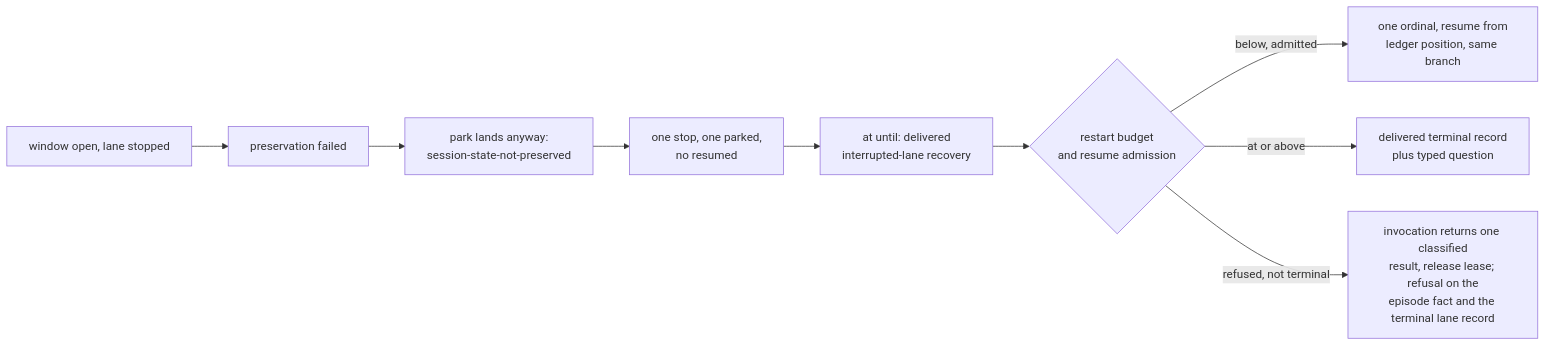
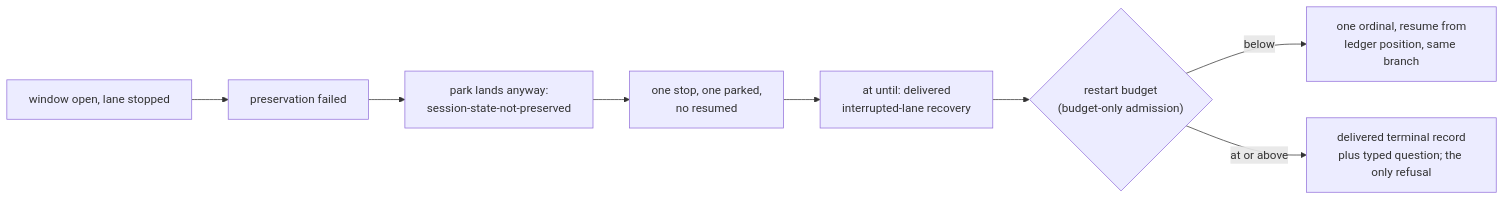
One commit to juliusz-cwiakalski/agentic-delivery-os changed the second of 2 diagrams in doc/changes/2026-11/2026-11-26--GH-413--peak-pausing-dispatch-lane/chg-GH-413-spec.md. Above: the diagram before and after it, drawn with Mermaid. The commit also changed other lines of this file and 24 other files, not shown here.

````diff
--- a/doc/changes/2026-11/2026-11-26--GH-413--peak-pausing-dispatch-lane/chg-GH-413-spec.md
+++ b/doc/changes/2026-11/2026-11-26--GH-413--peak-pausing-dispatch-lane/chg-GH-413-spec.md
@@ -190,11 +190,10 @@
 ```mermaid
 flowchart LR
   A["window open, lane stopped"] --> B["preservation failed"]
   B --> C["park lands anyway:<br/>session-state-not-preserved"]
   C --> D["one stop, one parked,<br/>no resumed"]
   D --> E["at until: delivered<br/>interrupted-lane recovery"]
-  E --> F{"restart budget<br/>and resume admission"}
-  F -->|"below, admitted"| G["one ordinal, resume from<br/>ledger position, same branch"]
-  F -->|"at or above"| H["delivered terminal record<br/>plus typed question"]
-  F -->|"refused, not terminal"| I["invocation returns one classified<br/>result, release lease; refusal on the<br/>episode fact and the terminal lane record"]
+  E --> F{"restart budget<br/>(budget-only admission)"}
+  F -->|"below"| G["one ordinal, resume from<br/>ledger position, same branch"]
+  F -->|"at or above"| H["delivered terminal record<br/>plus typed question; the only refusal"]
 ```
````
